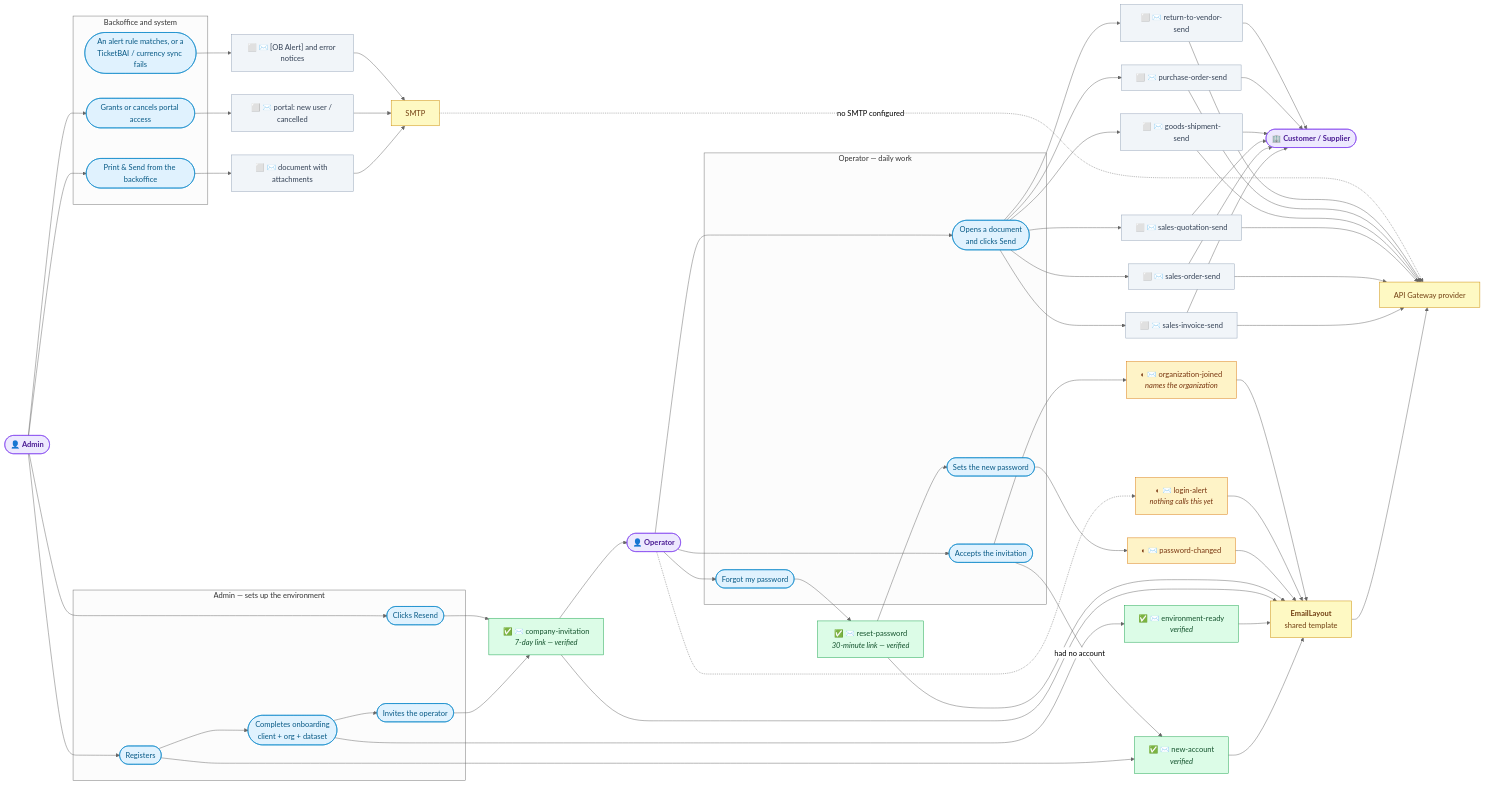
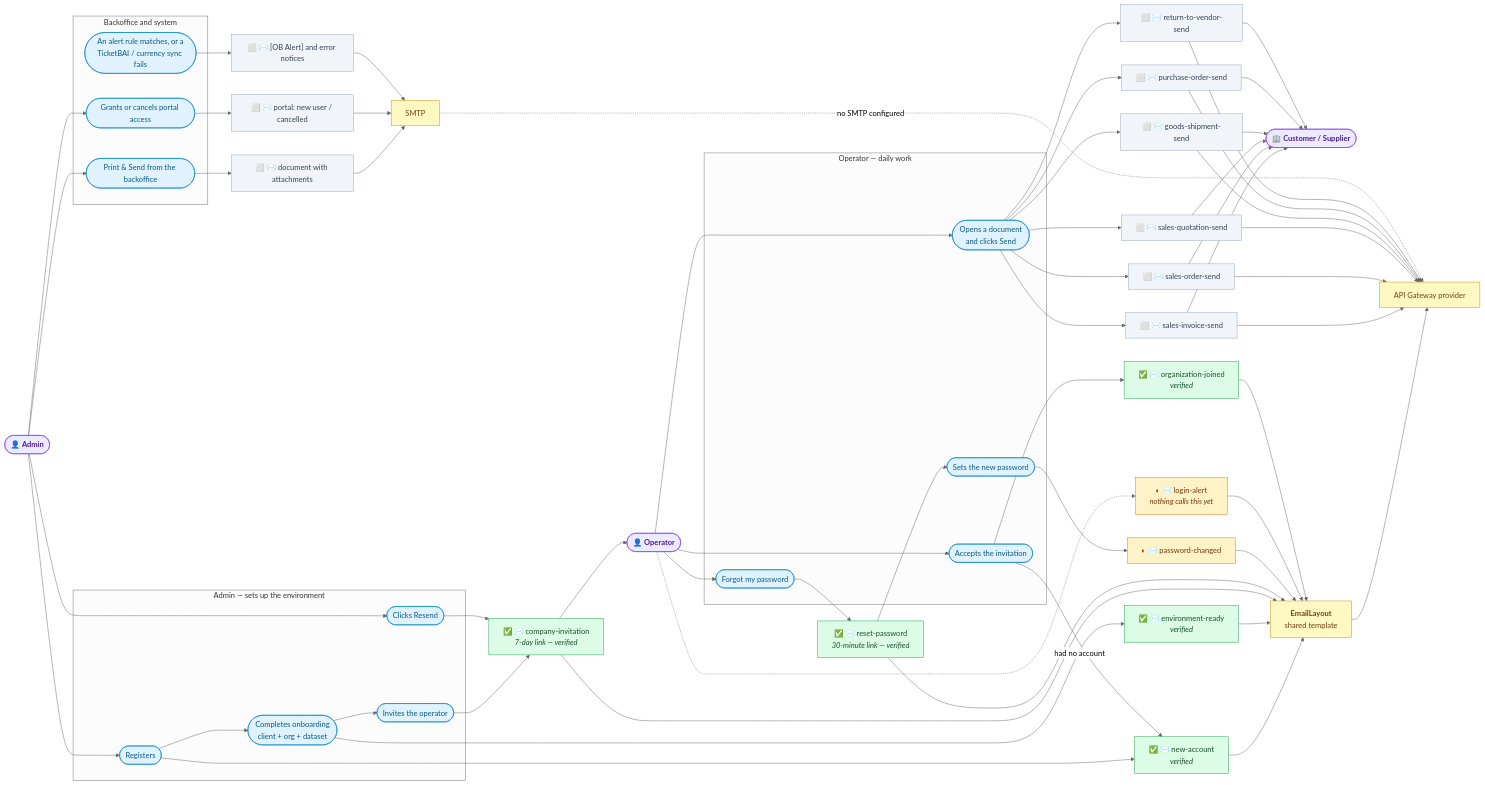
One commit to etendosoftware/etendo_schema_forge changed the diagram in docs/email-inventory.md. Above: the diagram before and after it, drawn with Mermaid (neutral theme). The commit also changed other lines of this file, not shown here.

First line of the commit message:
Feature ETP-5003: Mark the organization-joined email verified

```diff
--- a/docs/email-inventory.md
+++ b/docs/email-inventory.md
@@ -53,7 +53,7 @@
   M4["✅ ✉️ reset-password<br/><i>30-minute link — verified</i>"]
   M5["◐ ✉️ password-changed"]
   M6["◐ ✉️ login-alert<br/><i>nothing calls this yet</i>"]
-  M7["◐ ✉️ organization-joined<br/><i>names the organization</i>"]
+  M7["✅ ✉️ organization-joined<br/><i>verified</i>"]
   D1["⬜ ✉️ sales-invoice-send"]
   D2["⬜ ✉️ sales-order-send"]
   D3["⬜ ✉️ sales-quotation-send"]
@@ -98,8 +98,8 @@
   classDef act fill:#e0f2fe,stroke:#0284c7,color:#075985
   classDef who fill:#ede9fe,stroke:#7c3aed,color:#4c1d95
   classDef hub fill:#fef9c3,stroke:#ca8a04,color:#713f12
-  class M1,M2,M3,M4 verified
-  class M5,M6,M7 migrated
+  class M1,M2,M3,M4,M7 verified
+  class M5,M6 migrated
   class D1,D2,D3,D4,D5,D6,C1,C2,C3 todo
   class A1,A2,A3,A4,O1,O2,O3,O4,K1,K2,K3 act
   class ADMIN,OPER,PARTY who
```
